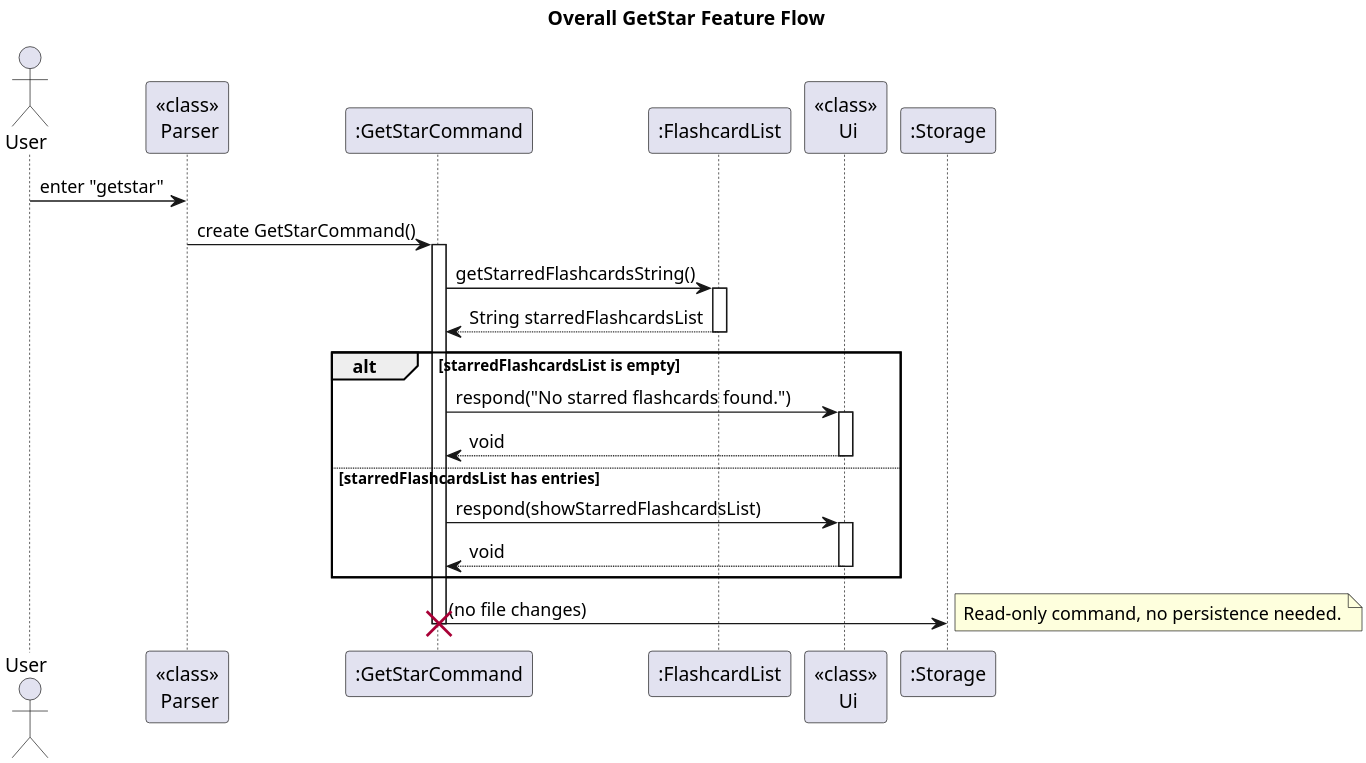
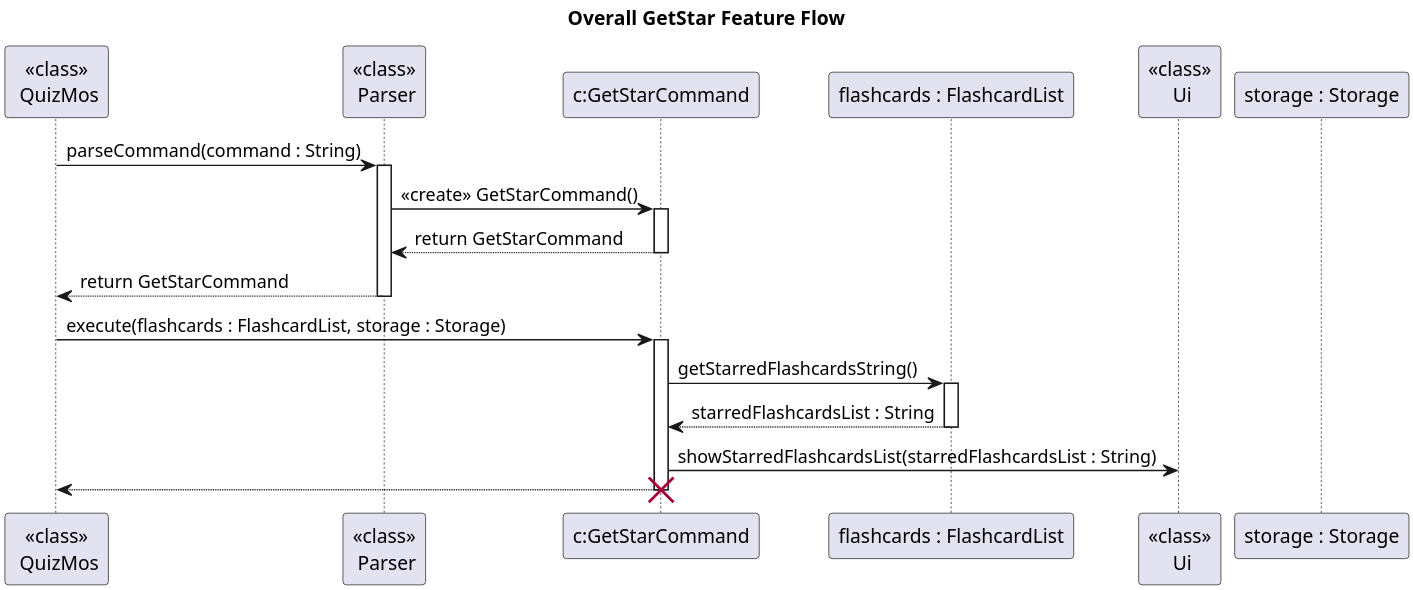
The diagram in docs/diagrams/GetStarFeature_Overall.puml (ashutoshalung/tp), drawn with PlantUML before and after one commit. The commit also changed 18 other files, not shown here.

Commit message:
Fix Sequence diagrams

```diff
--- a/docs/diagrams/GetStarFeature_Overall.puml
+++ b/docs/diagrams/GetStarFeature_Overall.puml
@@ -1,41 +1,41 @@
 @startuml
 title Overall GetStar Feature Flow
 
 ' --- High resolution for clear PNG output ---
 skinparam dpi 300
+skinparam sequenceReferenceBackgroundColor #7cb9e8
 
-actor User
+participant "<<class>>\n QuizMos" as quizmos
 participant "<<class>>\n Parser" as parser
-participant ":GetStarCommand" as getStarCommand
-participant ":FlashcardList" as flashcardList
+participant "c:GetStarCommand" as getStarCommand
+participant "flashcards : FlashcardList" as flashcardList
 participant "<<class>>\n Ui" as ui
-participant ":Storage" as storage
+participant "storage : Storage" as storage
 
-User -> parser : enter "getstar"
-parser -> getStarCommand : create GetStarCommand()
+quizmos -> parser : parseCommand(command : String)
+activate parser
+
+parser -> getStarCommand : <<create>> GetStarCommand()
+activate getStarCommand
+
+getStarCommand --> parser : return GetStarCommand
+deactivate getStarCommand
+
+parser --> quizmos : return GetStarCommand
+deactivate parser
+
+quizmos -> getStarCommand : execute(flashcards : FlashcardList, storage : Storage)
 activate getStarCommand
 
 getStarCommand -> flashcardList : getStarredFlashcardsString()
 activate flashcardList
-flashcardList --> getStarCommand : String starredFlashcardsList
+flashcardList --> getStarCommand : starredFlashcardsList : String
 deactivate flashcardList
 
-alt starredFlashcardsList is empty
-getStarCommand -> ui : respond("No starred flashcards found.")
-activate ui
-ui --> getStarCommand : void
-deactivate ui
-else starredFlashcardsList has entries
-getStarCommand -> ui : respond(showStarredFlashcardsList)
-activate ui
-ui --> getStarCommand : void
-deactivate ui
-end
+getStarCommand -> ui : showStarredFlashcardsList(starredFlashcardsList : String)
 
-getStarCommand -> storage : (no file changes)
-note right: Read-only command, no persistence needed.
-
-' --- Object cleanup phase ---
+getStarCommand --> quizmos
+deactivate getStarCommand
 destroy getStarCommand
 
 @enduml
```
